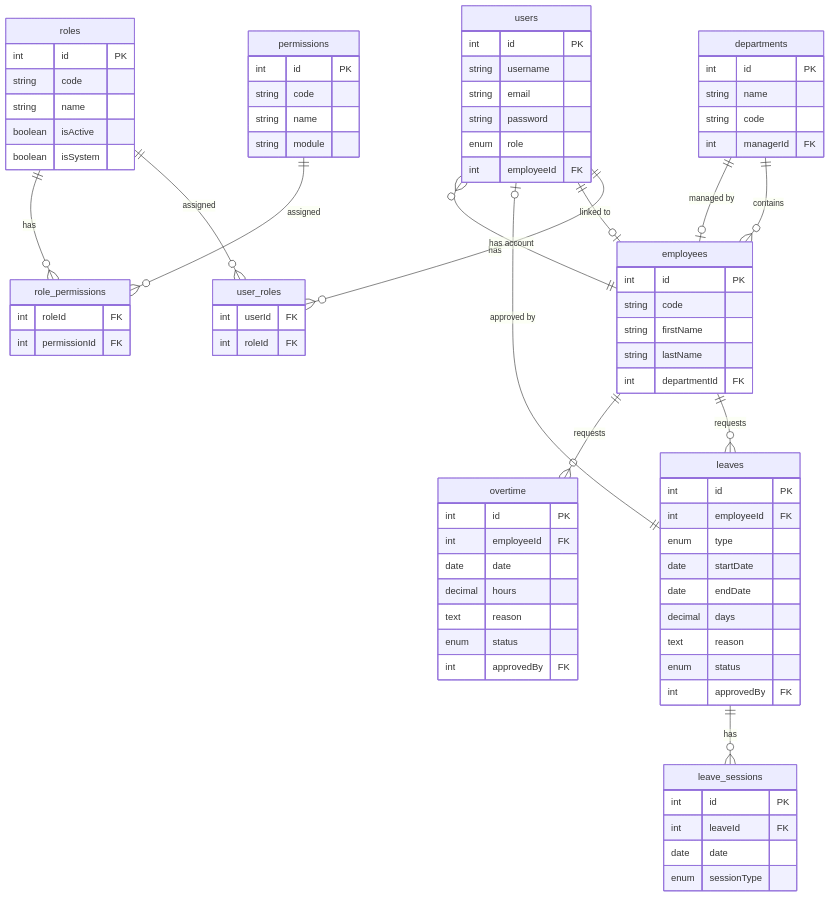
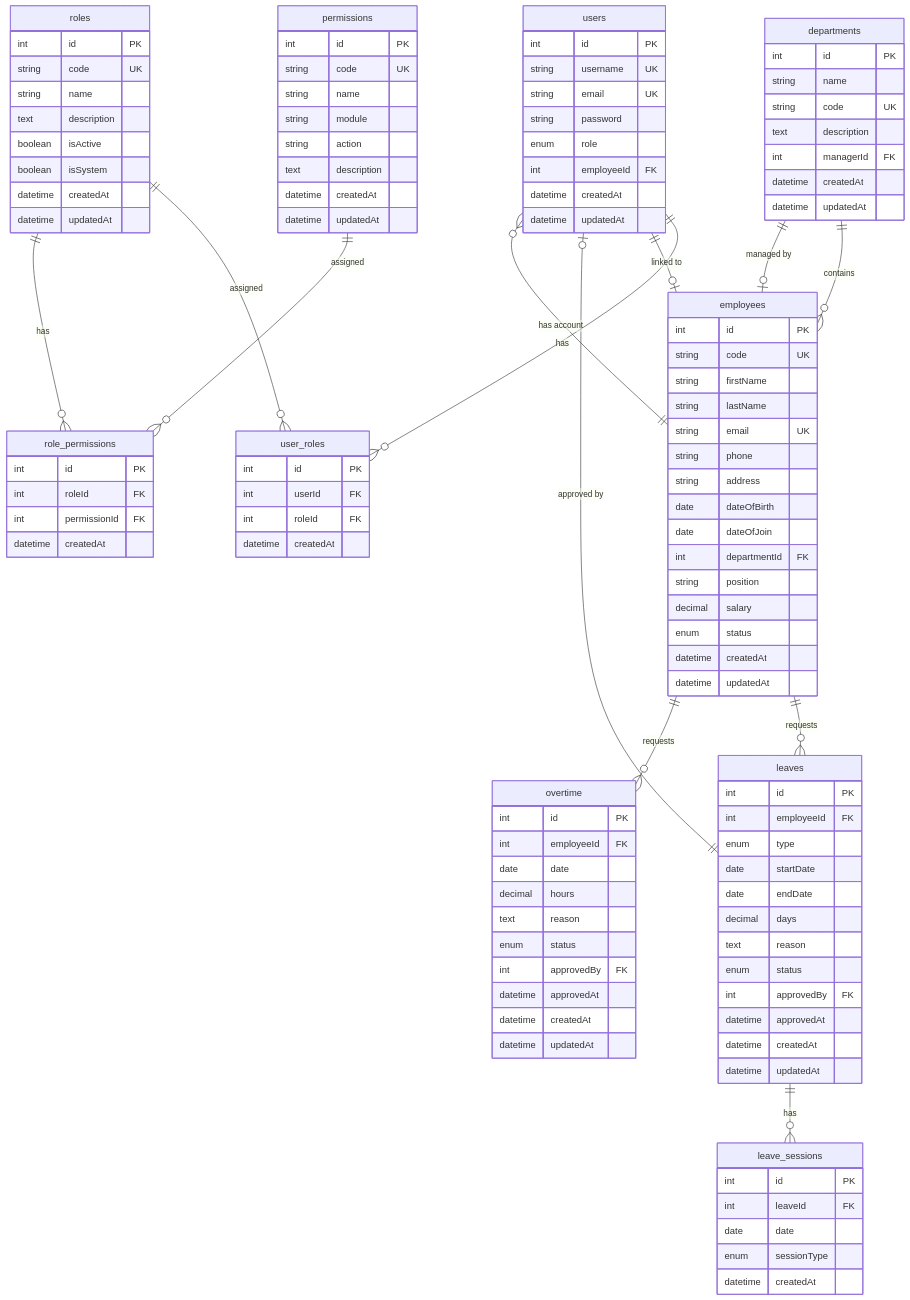
The eighth of 8 diagrams in ARCHITECTURE.md (mvquang-tech/hrmsa2), drawn with Mermaid before and after one commit. The commit also changed other lines of this file, not shown here.

````diff
--- a/ARCHITECTURE.md
+++ b/ARCHITECTURE.md
@@ -239,26 +785,41 @@
     
     users {
         int id PK
-        string username
-        string email
+        string username UK
+        string email UK
         string password
         enum role
         int employeeId FK
+        datetime createdAt
+        datetime updatedAt
     }
     
     employees {
         int id PK
-        string code
+        string code UK
         string firstName
         string lastName
+        string email UK
+        string phone
+        string address
+        date dateOfBirth
+        date dateOfJoin
         int departmentId FK
+        string position
+        decimal salary
+        enum status
+        datetime createdAt
+        datetime updatedAt
     }
     
     departments {
         int id PK
         string name
-        string code
+        string code UK
+        text description
         int managerId FK
+        datetime createdAt
+        datetime updatedAt
     }
     
     leaves {
@@ -271,6 +832,9 @@
         text reason
         enum status
         int approvedBy FK
+        datetime approvedAt
+        datetime createdAt
+        datetime updatedAt
     }
     
     leave_sessions {
@@ -278,6 +842,7 @@
         int leaveId FK
         date date
         enum sessionType
+        datetime createdAt
     }
     
     overtime {
@@ -288,30 +853,44 @@
         text reason
         enum status
         int approvedBy FK
+        datetime approvedAt
+        datetime createdAt
+        datetime updatedAt
     }
     
     roles {
         int id PK
-        string code
+        string code UK
         string name
+        text description
         boolean isActive
         boolean isSystem
+        datetime createdAt
+        datetime updatedAt
     }
     
     permissions {
         int id PK
-        string code
+        string code UK
         string name
         string module
+        string action
+        text description
+        datetime createdAt
+        datetime updatedAt
     }
     
     role_permissions {
+        int id PK
         int roleId FK
         int permissionId FK
+        datetime createdAt
     }
     
     user_roles {
+        int id PK
         int userId FK
         int roleId FK
+        datetime createdAt
     }
 ```
````
